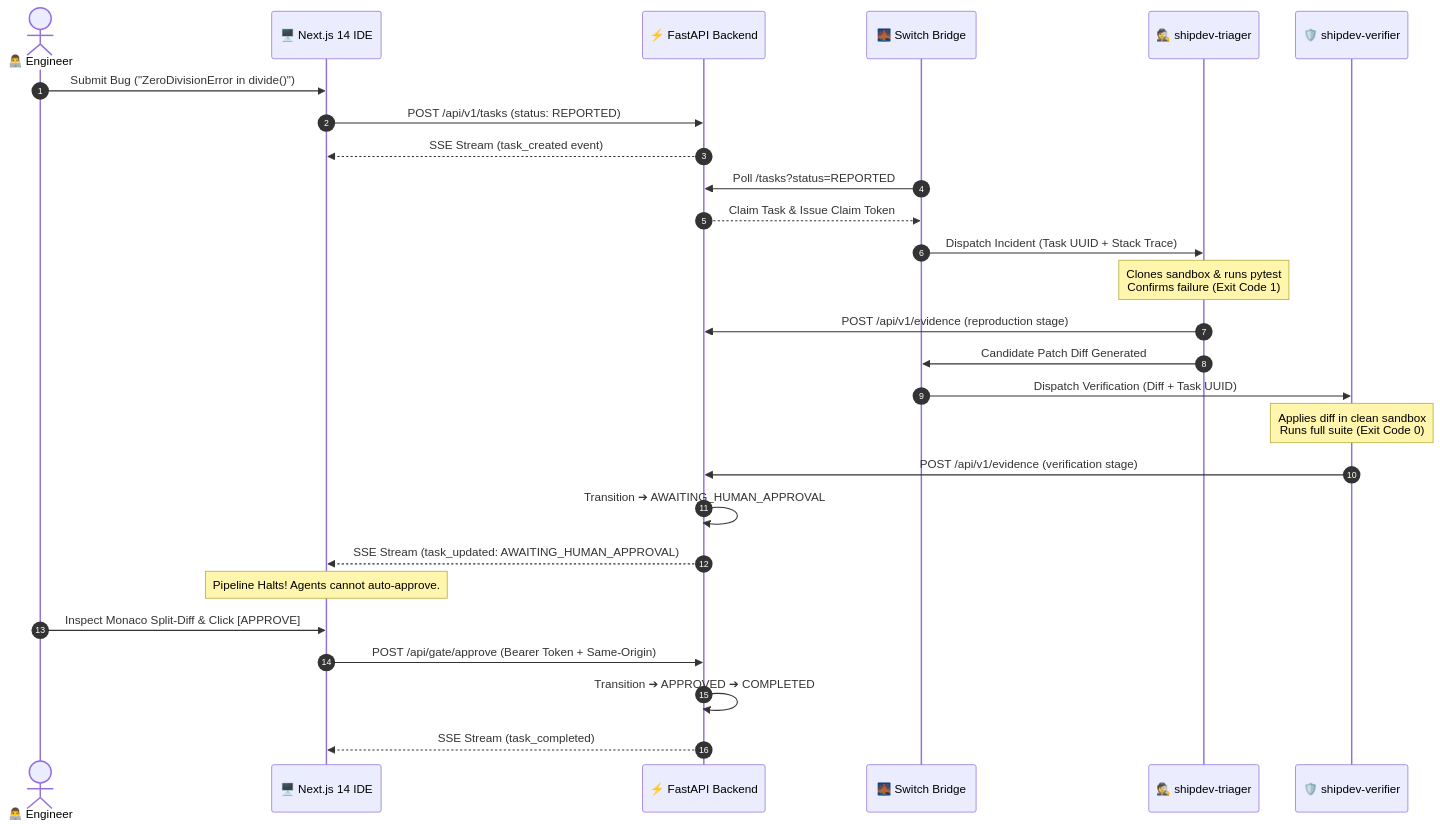
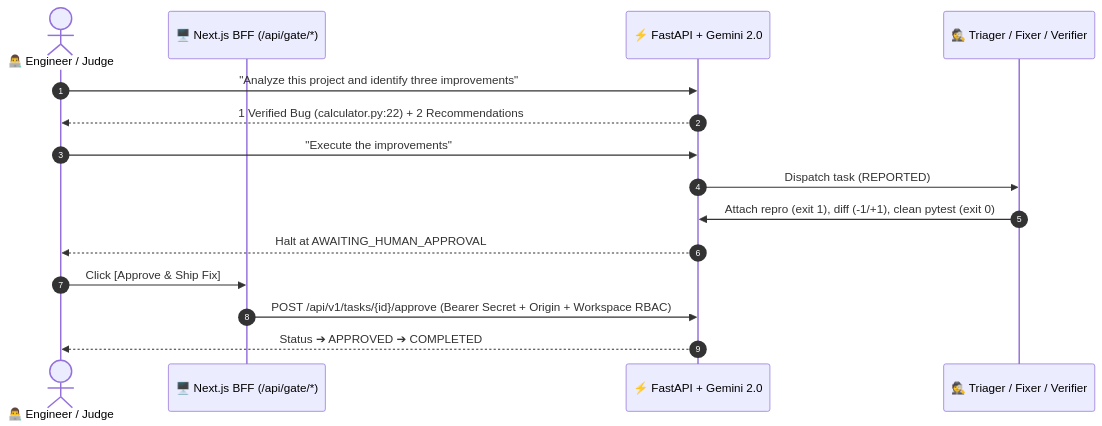
One commit to prathamxeth/ShipDev changed the third of 3 diagrams in README.md. Above: the diagram before and after it, drawn with Mermaid. The commit also changed other lines of this file, not shown here.

Commit message:
docs: add WeMakeDevs Flip the Switch judge walkthrough to README under 2000 words

````diff
--- a/README.md
+++ b/README.md
@@ -240,35 +142,18 @@
 ```mermaid
 sequenceDiagram
     autonumber
-    actor Engineer as 👨‍💻 Engineer
-    participant Frontend as 🖥️ Next.js 14 IDE
-    participant Backend as ⚡ FastAPI Backend
-    participant Bridge as 🌉 Switch Bridge
-    participant Triager as 🕵️ shipdev-triager
-    participant Verifier as 🛡️ shipdev-verifier
+    actor Engineer as 👨‍💻 Engineer / Judge
+    participant Frontend as 🖥️ Next.js BFF (/api/gate/*)
+    participant Backend as ⚡ FastAPI + Gemini 2.0
+    participant Switch as 🕵️ Triager / Fixer / Verifier
 
-    Engineer->>Frontend: Submit Bug ("ZeroDivisionError in divide()")
-    Frontend->>Backend: POST /api/v1/tasks (status: REPORTED)
-    Backend-->>Frontend: SSE Stream (task_created event)
-    
-    Bridge->>Backend: Poll /tasks?status=REPORTED
-    Backend-->>Bridge: Claim Task & Issue Claim Token
-    
-    Bridge->>Triager: Dispatch Incident (Task UUID + Stack Trace)
-    Note over Triager: Clones sandbox & runs pytest<br/>Confirms failure (Exit Code 1)
-    Triager->>Backend: POST /api/v1/evidence (reproduction stage)
-    Triager->>Bridge: Candidate Patch Diff Generated
-    
-    Bridge->>Verifier: Dispatch Verification (Diff + Task UUID)
-    Note over Verifier: Applies diff in clean sandbox<br/>Runs full suite (Exit Code 0)
-    Verifier->>Backend: POST /api/v1/evidence (verification stage)
-    
-    Backend->>Backend: Transition ➔ AWAITING_HUMAN_APPROVAL
-    Backend-->>Frontend: SSE Stream (task_updated: AWAITING_HUMAN_APPROVAL)
-    
-    Note over Frontend: Pipeline Halts! Agents cannot auto-approve.
-    Engineer->>Frontend: Inspect Monaco Split-Diff & Click [APPROVE]
-    Frontend->>Backend: POST /api/gate/approve (Bearer Token + Same-Origin)
-    Backend->>Backend: Transition ➔ APPROVED ➔ COMPLETED
-    Backend-->>Frontend: SSE Stream (task_completed)
+    Engineer->>Backend: "Analyze this project and identify three improvements"
+    Backend-->>Engineer: 1 Verified Bug (calculator.py:22) + 2 Recommendations
+    Engineer->>Backend: "Execute the improvements"
+    Backend->>Switch: Dispatch task (REPORTED)
+    Switch->>Backend: Attach repro (exit 1), diff (-1/+1), clean pytest (exit 0)
+    Backend-->>Engineer: Halt at AWAITING_HUMAN_APPROVAL
+    Engineer->>Frontend: Click [Approve & Ship Fix]
+    Frontend->>Backend: POST /api/v1/tasks/{id}/approve (Bearer Secret + Origin + Workspace RBAC)
+    Backend-->>Engineer: Status ➔ APPROVED ➔ COMPLETED
 ```
````
